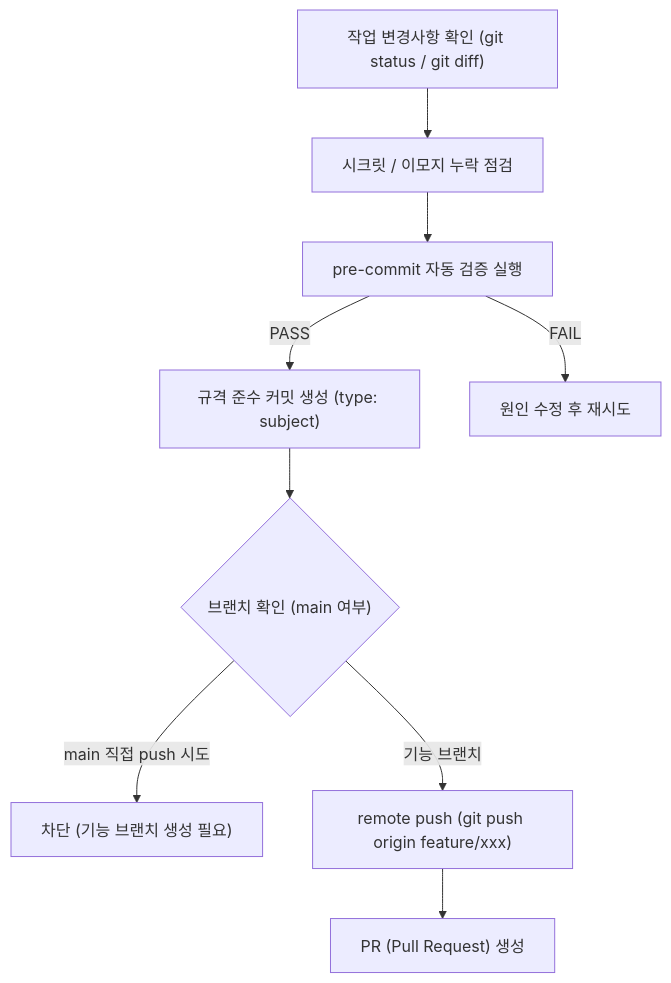
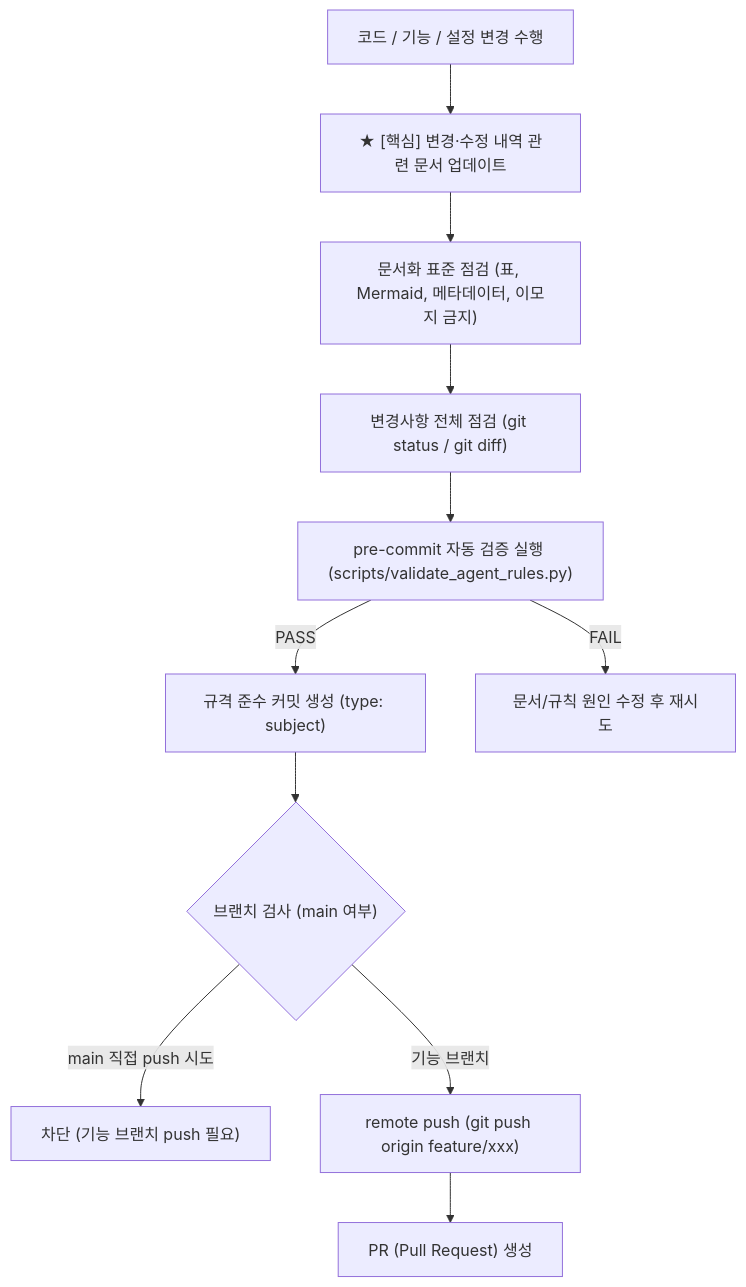
Before and after one commit to kwanbum217/refac_bid_box: the diagram in .agents/skills/git-workflow/SKILL.md, drawn with Mermaid. The commit also changed other lines of this file and 3 other files, not shown here.

Commit message:
docs: update git-workflow skill to enforce documentation sync before commit

````diff
--- a/.agents/skills/git-workflow/SKILL.md
+++ b/.agents/skills/git-workflow/SKILL.md
@@ -39,11 +42,13 @@
 ```mermaid
 graph TD
-    A["작업 변경사항 확인 (git status / git diff)"] --> B["시크릿 / 이모지 누락 점검"]
-    B --> C["pre-commit 자동 검증 실행"]
-    C -- "PASS" --> D["규격 준수 커밋 생성 (type: subject)"]
-    C -- "FAIL" --> E["원인 수정 후 재시도"]
-    D --> F{"브랜치 확인 (main 여부)"}
-    F -- "main 직접 push 시도" --> G["차단 (기능 브랜치 생성 필요)"]
-    F -- "기능 브랜치" --> H["remote push (git push origin feature/xxx)"]
-    H --> I["PR (Pull Request) 생성"]
+    A["코드 / 기능 / 설정 변경 수행"] --> B["★ [핵심] 변경·수정 내역 관련 문서 업데이트"]
+    B --> C["문서화 표준 점검 (표, Mermaid, 메타데이터, 이모지 금지)"]
+    C --> D["변경사항 전체 점검 (git status / git diff)"]
+    D --> E["pre-commit 자동 검증 실행 (scripts/validate_agent_rules.py)"]
+    E -- "PASS" --> F["규격 준수 커밋 생성 (type: subject)"]
+    E -- "FAIL" --> G["문서/규칙 원인 수정 후 재시도"]
+    F --> H{"브랜치 검사 (main 여부)"}
+    H -- "main 직접 push 시도" --> I["차단 (기능 브랜치 push 필요)"]
+    H -- "기능 브랜치" --> J["remote push (git push origin feature/xxx)"]
+    J --> K["PR (Pull Request) 생성"]
 ```
````
